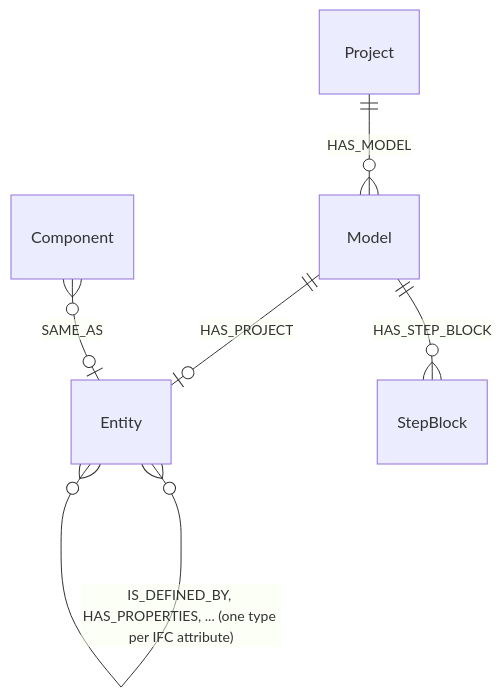
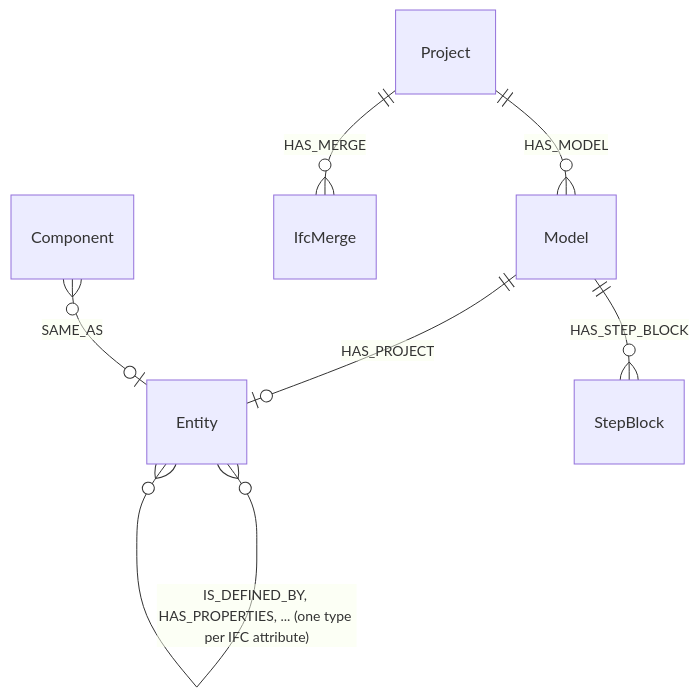
The sixth of 6 diagrams in docs/da/graph-schema.md (marwiss/Kontroll), drawn with Mermaid before and after one commit. The commit also changed other lines of this file and 27 other files, not shown here.

````diff
--- a/docs/da/graph-schema.md
+++ b/docs/da/graph-schema.md
@@ -159,8 +159,9 @@
 ```mermaid
 erDiagram
     Project ||--o{ Model : HAS_MODEL
+    Project ||--o{ IfcMerge : HAS_MERGE
     Model ||--o| Entity : HAS_PROJECT
     Model ||--o{ StepBlock : HAS_STEP_BLOCK
     Entity }o--o{ Entity : "IS_DEFINED_BY, HAS_PROPERTIES, ... (one type per IFC attribute)"
     Component }o--o| Entity : SAME_AS
 ```
````
